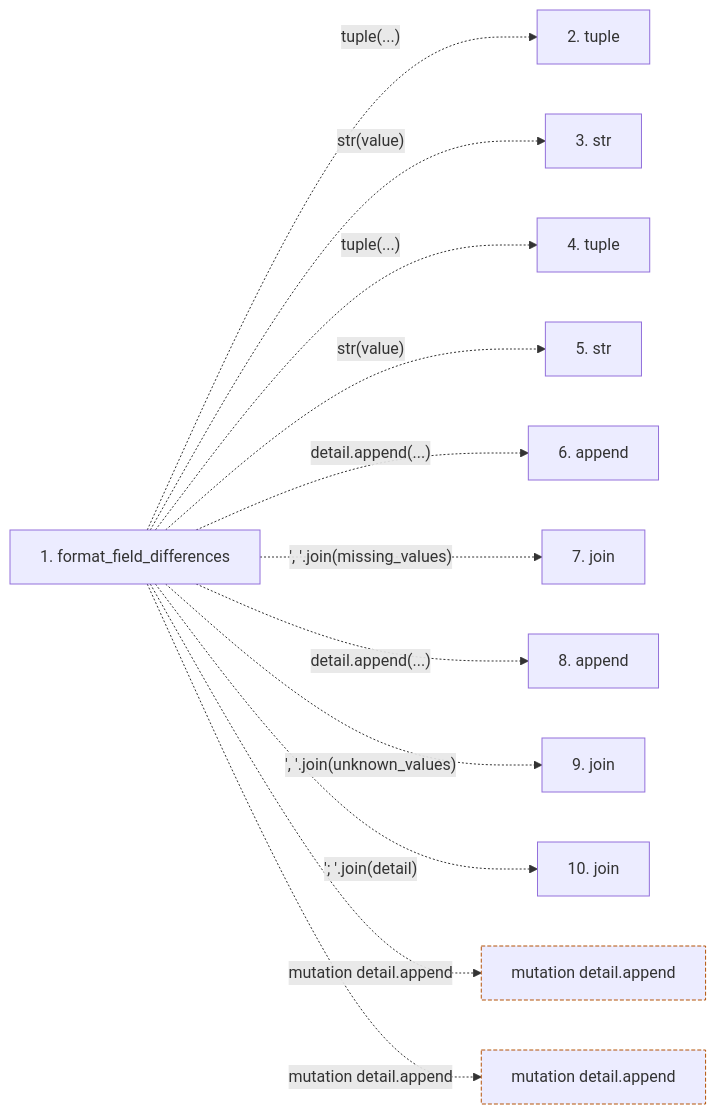
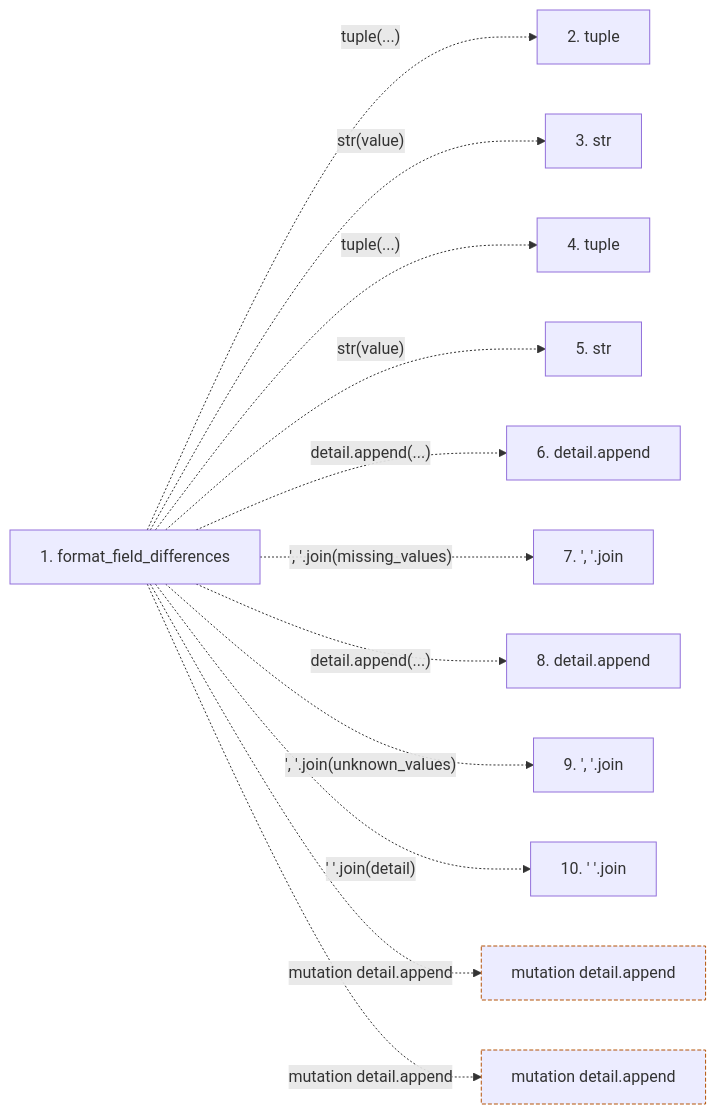
One commit to Denissvgn/python-wiki-llm changed the second of 2 diagrams in docs/llm_wiki/flows/api-format_field_differences.md. Above: the diagram before and after it, drawn with Mermaid. The commit also changed other lines of this file and 719 other files, not shown here.

````diff
--- a/docs/llm_wiki/flows/api-format_field_differences.md
+++ b/docs/llm_wiki/flows/api-format_field_differences.md
@@ -31,30 +32,30 @@
 ```mermaid
 flowchart LR
     s1["1. format_field_differences"]
     s2["2. tuple"]
     s3["3. str"]
     s4["4. tuple"]
     s5["5. str"]
-    s6["6. append"]
-    s7["7. join"]
-    s8["8. append"]
-    s9["9. join"]
-    s10["10. join"]
+    s6["6. detail.append"]
+    s7["7. ', '.join"]
+    s8["8. detail.append"]
+    s9["9. ', '.join"]
+    s10["10. ' '.join"]
     s1 -. "tuple(...)" .-> s2
     s1 -. "str(value)" .-> s3
     s1 -. "tuple(...)" .-> s4
     s1 -. "str(value)" .-> s5
     s1 -. "detail.append(...)" .-> s6
     s1 -. "', '.join(missing_values)" .-> s7
     s1 -. "detail.append(...)" .-> s8
     s1 -. "', '.join(unknown_values)" .-> s9
-    s1 -. "'; '.join(detail)" .-> s10
+    s1 -. "' '.join(detail)" .-> s10
     b0["mutation detail.append"]
     s1 -. "mutation detail.append" .-> b0
     b1["mutation detail.append"]
     s1 -. "mutation detail.append" .-> b1
     click s1 "../modules/validation.md"
     classDef boundary stroke:#b45309,stroke-dasharray: 4 2
     class b0 boundary
     class b1 boundary
 ```
````
